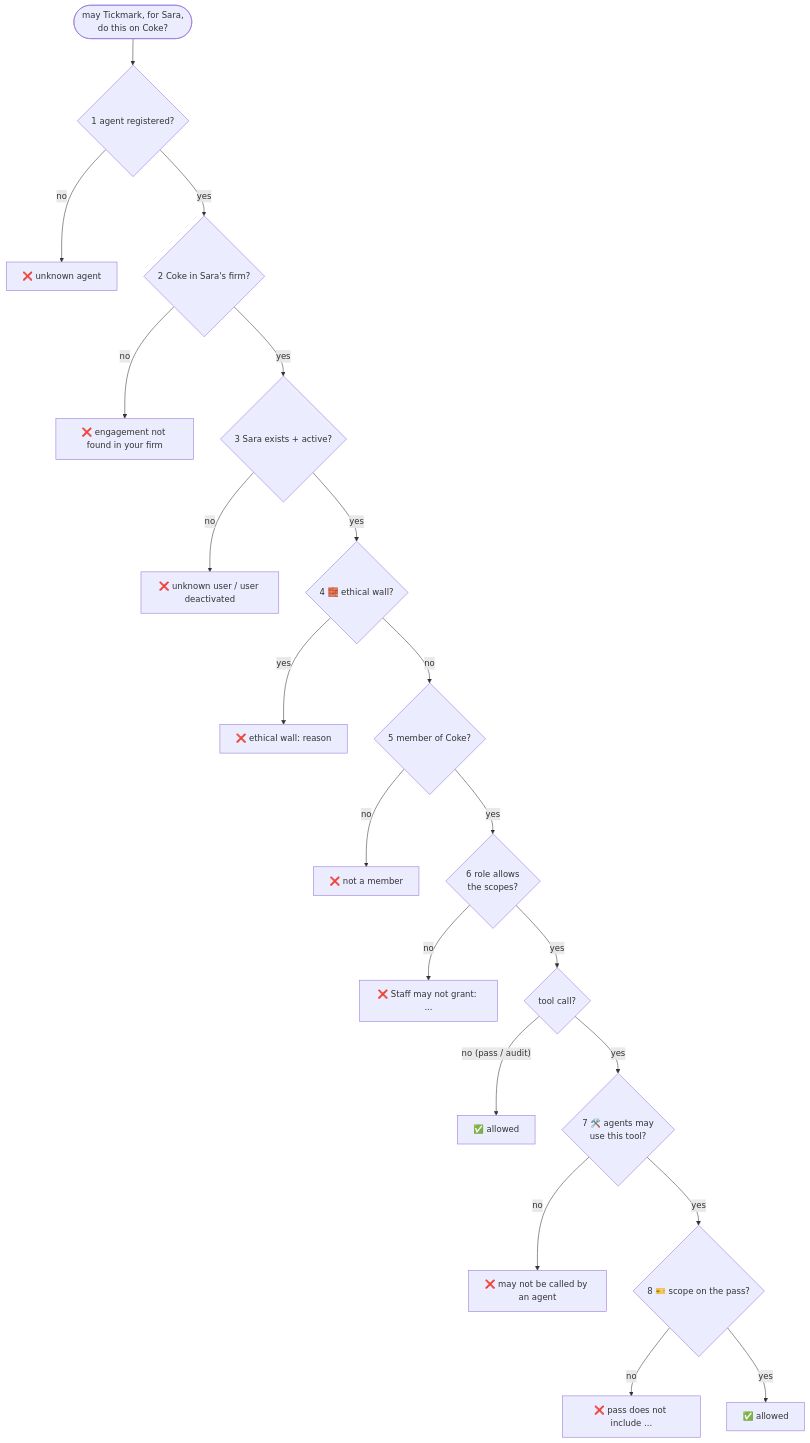
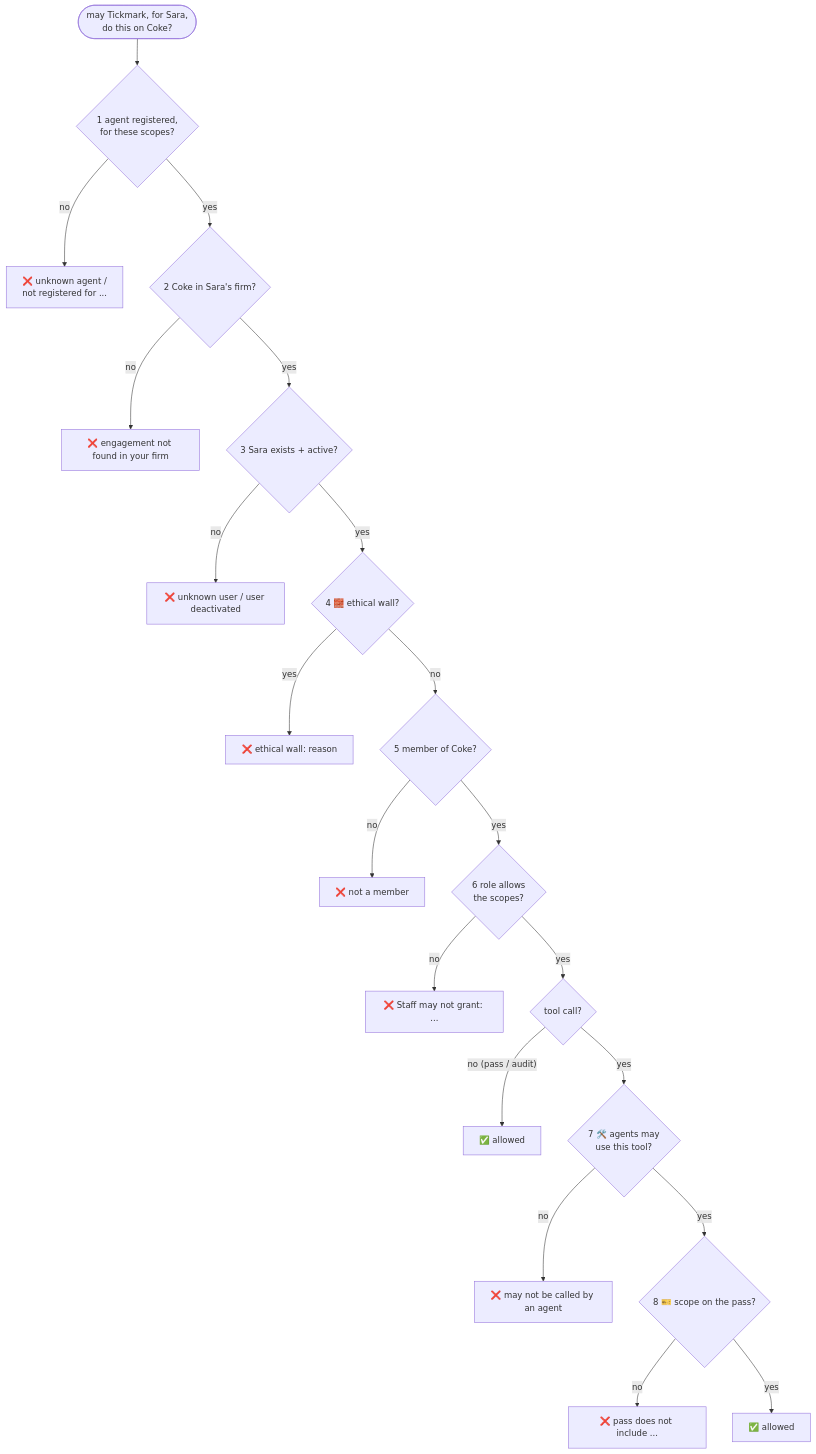
Before and after one commit to musishere/Warden-tickmark: the tenth of 24 diagrams in warden/docs/how-it-works.md, drawn with Mermaid. The commit also changed other lines of this file and 10 other files, not shown here.

````diff
--- a/warden/docs/how-it-works.md
+++ b/warden/docs/how-it-works.md
@@ -475,22 +479,22 @@
 ```mermaid
 flowchart TD
-    Start(["may Tickmark, for Sara,<br/>do this on Coke?"]) --> Q1{"1 agent registered?"}
-    Q1 -->|no| X1["❌ unknown agent"]
+    Start(["may Tickmark, for Sara,<br/>do this on Coke?"]) --> Q1{"1 agent registered,<br/>for these scopes?"}
+    Q1 -->|no| X1["❌ unknown agent /<br/>not registered for ..."]
     Q1 -->|yes| Q2{"2 Coke in Sara's firm?"}
     Q2 -->|no| X2["❌ engagement not found in your firm"]
     Q2 -->|yes| Q3{"3 Sara exists + active?"}
     Q3 -->|no| X3["❌ unknown user / user deactivated"]
     Q3 -->|yes| Q4{"4 🧱 ethical wall?"}
     Q4 -->|yes| X4["❌ ethical wall: reason"]
     Q4 -->|no| Q5{"5 member of Coke?"}
     Q5 -->|no| X5["❌ not a member"]
     Q5 -->|yes| Q6{"6 role allows<br/>the scopes?"}
     Q6 -->|no| X6["❌ Staff may not grant: ..."]
     Q6 -->|yes| T{"tool call?"}
     T -->|"no (pass / audit)"| OK1["✅ allowed"]
     T -->|yes| Q7{"7 🛠️ agents may<br/>use this tool?"}
     Q7 -->|no| X7["❌ may not be called by an agent"]
     Q7 -->|yes| Q8{"8 🎫 scope on the pass?"}
     Q8 -->|no| X8["❌ pass does not include ..."]
     Q8 -->|yes| OK2["✅ allowed"]
 ```
````
